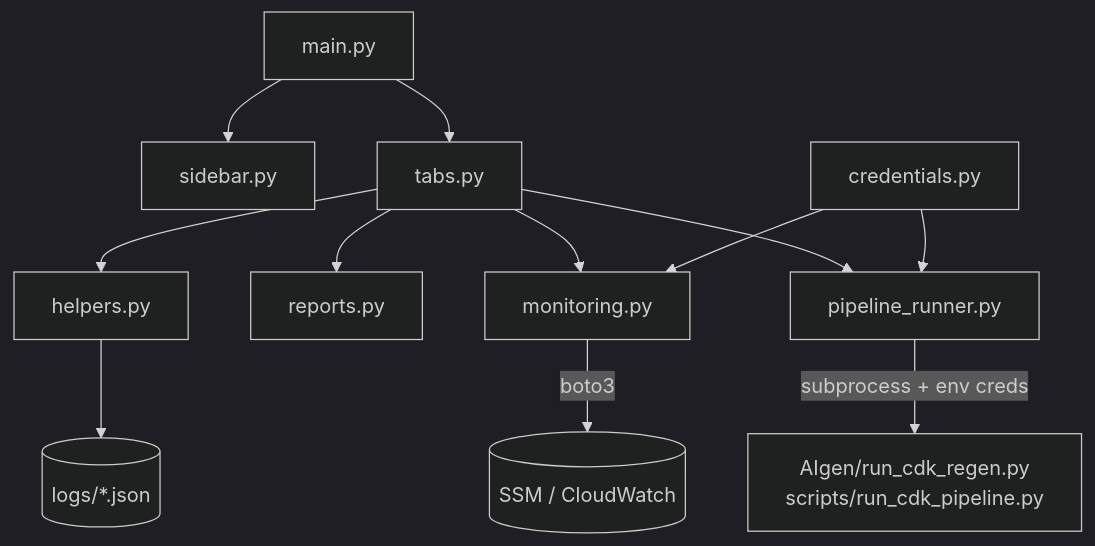
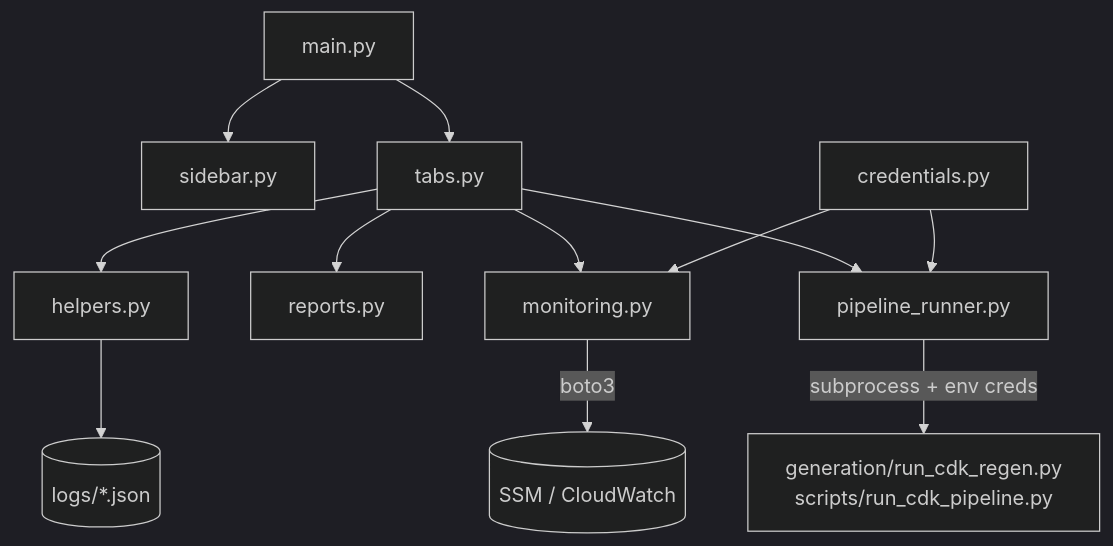
One commit to JAWilliam1599/Thesis changed the diagram in ui/README.md. Above: the diagram before and after it, drawn with Mermaid (dark theme). The commit also changed other lines of this file and 182 other files, not shown here.

````diff
--- a/ui/README.md
+++ b/ui/README.md
@@ -39,14 +39,14 @@
 ```mermaid
 flowchart TD
     M[main.py] --> SB[sidebar.py]
     M --> T[tabs.py]
     T --> PR[pipeline_runner.py]
     T --> RP[reports.py]
     T --> MON[monitoring.py]
     T --> H[helpers.py]
-    PR -->|subprocess + env creds| CLI[AIgen/run_cdk_regen.py<br/>scripts/run_cdk_pipeline.py]
+    PR -->|subprocess + env creds| CLI[generation/run_cdk_regen.py<br/>scripts/run_cdk_pipeline.py]
     MON -->|boto3| AWS[(SSM / CloudWatch)]
     H --> LOGS[(logs/*.json)]
     CR[credentials.py] --> PR
     CR --> MON
 ```
````
